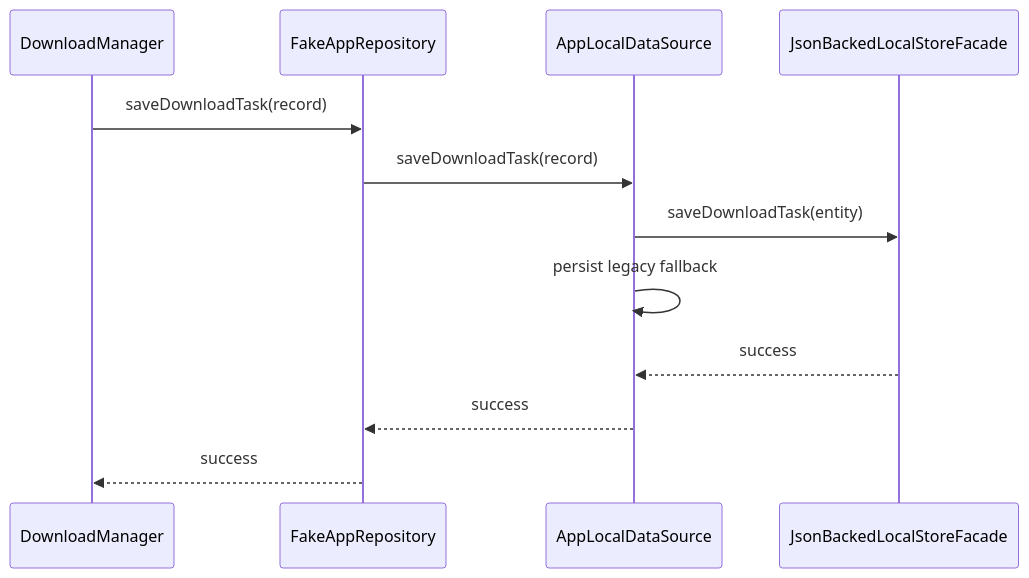
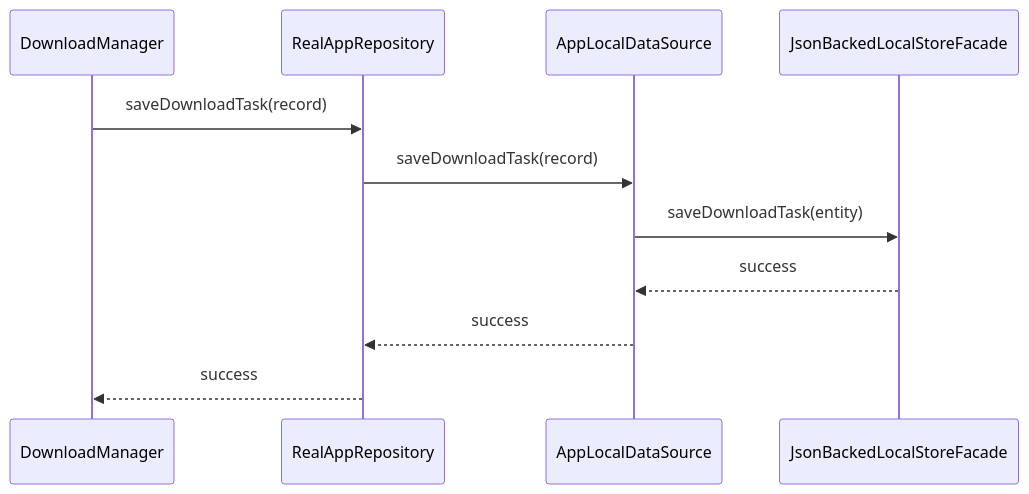
The third of 4 diagrams in docs/15-Repository架构与流程.md (XZQ/CarAppStore), drawn with Mermaid before and after one commit. The commit also changed other lines of this file and 20 other files, not shown here.

````diff
--- a/docs/15-Repository架构与流程.md
+++ b/docs/15-Repository架构与流程.md
@@ -103,15 +82,14 @@
 ```mermaid
 sequenceDiagram
-participant DM as DownloadManager
-participant REPO as FakeAppRepository
-participant LOCAL as AppLocalDataSource
-participant FACADE as JsonBackedLocalStoreFacade
+    participant DM as DownloadManager
+    participant REPO as RealAppRepository
+    participant LOCAL as AppLocalDataSource
+    participant FACADE as JsonBackedLocalStoreFacade
 
-DM->>REPO: saveDownloadTask(record)
-REPO->>LOCAL: saveDownloadTask(record)
-LOCAL->>FACADE: saveDownloadTask(entity)
-LOCAL->>LOCAL: persist legacy fallback
-FACADE-->>LOCAL: success
-LOCAL-->>REPO: success
-REPO-->>DM: success
+    DM->>REPO: saveDownloadTask(record)
+    REPO->>LOCAL: saveDownloadTask(record)
+    LOCAL->>FACADE: saveDownloadTask(entity)
+    FACADE-->>LOCAL: success
+    LOCAL-->>REPO: success
+    REPO-->>DM: success
 ```
````
